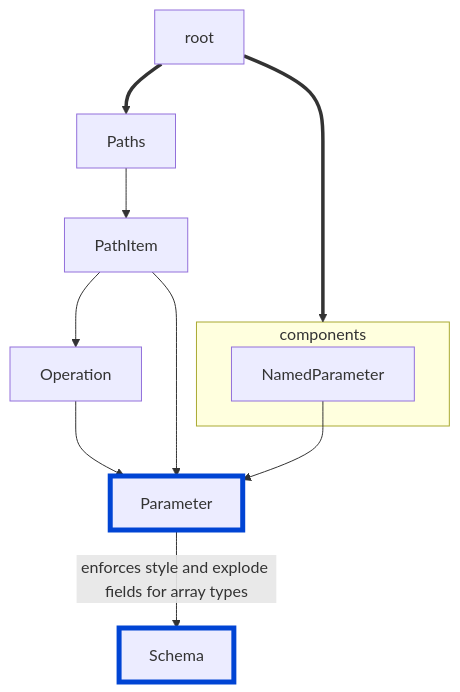
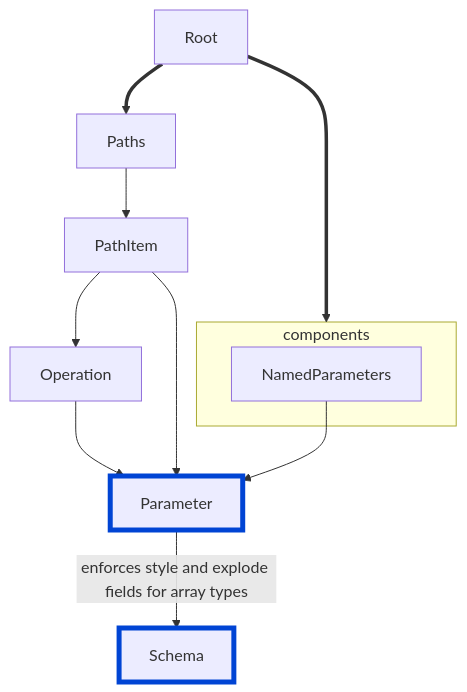
The diagram in docs/@v1/rules/oas/array-parameter-serialization.md (Redocly/redocly-cli), drawn with Mermaid before and after one commit. The commit also changed 58 other files, not shown here.

````diff
--- a/docs/@v1/rules/oas/array-parameter-serialization.md
+++ b/docs/@v1/rules/oas/array-parameter-serialization.md
@@ -15,16 +15,16 @@
 ```mermaid
 flowchart TD
 
-root ==> Paths --> PathItem --> Operation --> Parameter --enforces style and explode fields for array types--> Schema
+Root ==> Paths --> PathItem --> Operation --> Parameter --enforces style and explode fields for array types--> Schema
 PathItem --> Parameter
-NamedParameter --> Parameter
+NamedParameters --> Parameter
 
-root ==> components
+Root ==> components
 
 subgraph components
-NamedParameter
+NamedParameters
 end
 
 style Parameter fill:#codaf9,stroke:#0044d4,stroke-width:5px
 style Schema fill:#codaf9,stroke:#0044d4,stroke-width:5px
 ```
````
